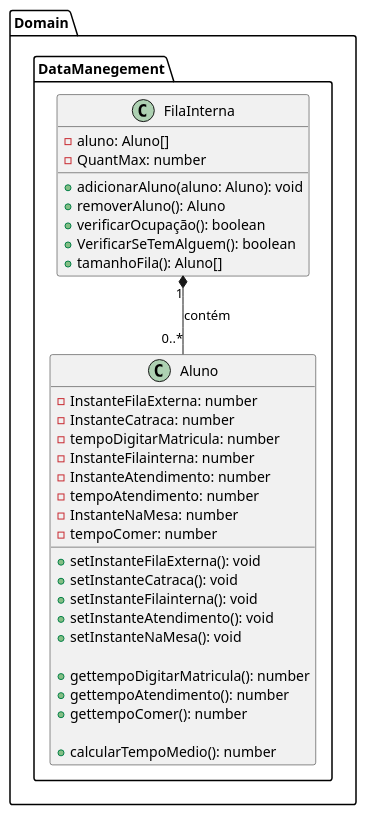
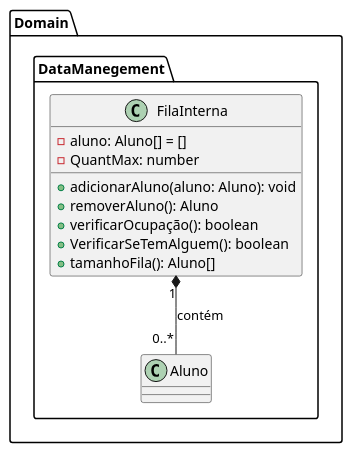
One commit to Gstv2/sfr-template changed the diagram in design/class-FilaInterna.plantuml. Above: the diagram before and after it, drawn with PlantUML. The commit also changed 2 other files, not shown here.

```diff
--- a/design/class-FilaInterna.plantuml
+++ b/design/class-FilaInterna.plantuml
@@ -1,38 +1,15 @@
 @startuml FilaInterna/Aluno
     package Domain.DataManegement{
-        class Aluno {
-            - InstanteFilaExterna: number
-            - InstanteCatraca: number
-            - tempoDigitarMatricula: number
-            - InstanteFilainterna: number
-            - InstanteAtendimento: number
-            - tempoAtendimento: number
-            - InstanteNaMesa: number
-            - tempoComer: number
-
-            + setInstanteFilaExterna(): void
-            + setInstanteCatraca(): void
-            + setInstanteFilainterna(): void
-            + setInstanteAtendimento(): void
-            + setInstanteNaMesa(): void
-            
-            + gettempoDigitarMatricula(): number
-            + gettempoAtendimento(): number
-            + gettempoComer(): number
-            
-            + calcularTempoMedio(): number
-        }
-
         class FilaInterna {
-            - aluno: Aluno[]
+            - aluno: Aluno[] = []
             - QuantMax: number
             + adicionarAluno(aluno: Aluno): void
             + removerAluno(): Aluno
             + verificarOcupação(): boolean
             + VerificarSeTemAlguem(): boolean
             + tamanhoFila(): Aluno[]
         }
 
         FilaInterna "1" *-- "0..*" Aluno : contém
     }
 @enduml
```
